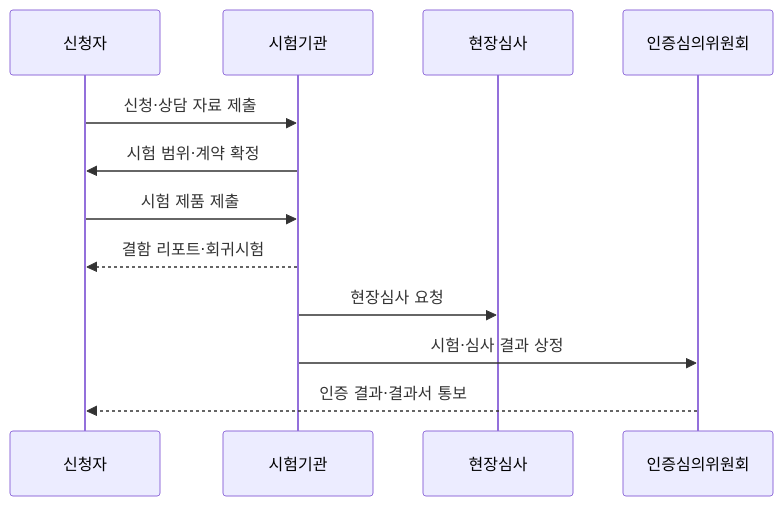
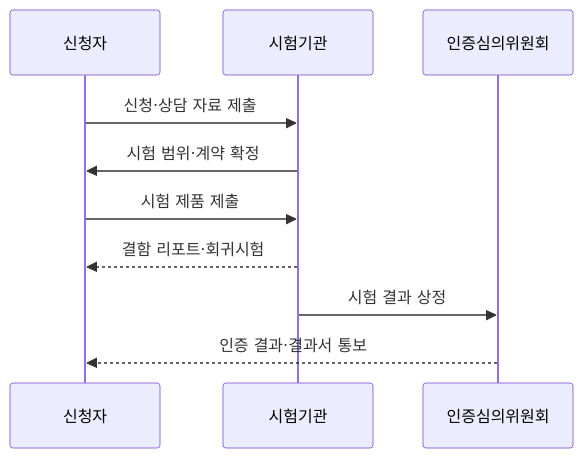
The second of 2 diagrams in src/content/docs/notes/06-evaluation/031_tta_sw_quality_test.md (agnusdei1207/knowledge-base), drawn with Mermaid before and after one commit. The commit also changed other lines of this file and 15 other files, not shown here.

````diff
--- a/src/content/docs/notes/06-evaluation/031_tta_sw_quality_test.md
+++ b/src/content/docs/notes/06-evaluation/031_tta_sw_quality_test.md
@@ -86,14 +83,12 @@
 ```mermaid
 sequenceDiagram
     participant A as 신청자
     participant T as 시험기관
-    participant R as 현장심사
     participant C as 인증심의위원회
     A->>T: 신청·상담 자료 제출
     T->>A: 시험 범위·계약 확정
     A->>T: 시험 제품 제출
     T-->>A: 결함 리포트·회귀시험
-    T->>R: 현장심사 요청
-    T->>C: 시험·심사 결과 상정
+    T->>C: 시험 결과 상정
     C-->>A: 인증 결과·결과서 통보
 ```
````
